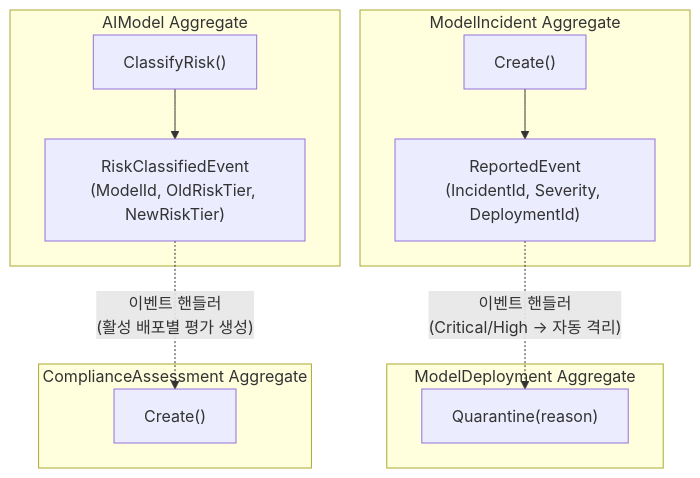
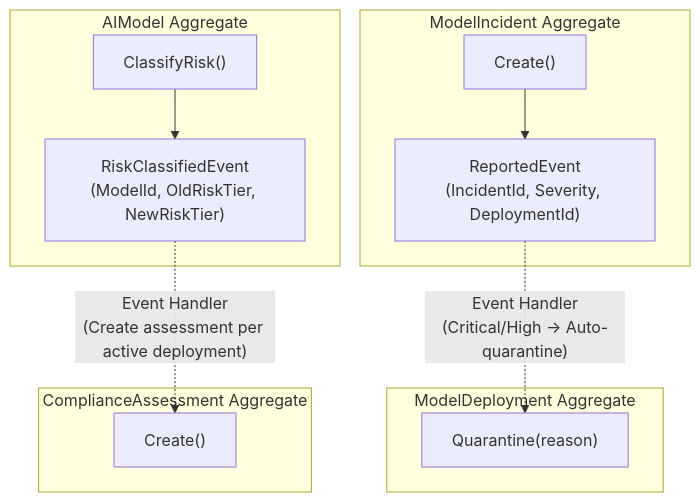
Before and after one commit to hhko/Functorium: the fourth of 4 diagrams in Docs.Site/src/content/docs/samples/ai-model-governance/domain/00-business-requirements.md, drawn with Mermaid. The commit also changed other lines of this file and 31 other files, not shown here.

````diff
--- a/Docs.Site/src/content/docs/samples/ai-model-governance/domain/00-business-requirements.md
+++ b/Docs.Site/src/content/docs/samples/ai-model-governance/domain/00-business-requirements.md
@@ -171,25 +171,25 @@
 ```mermaid
 flowchart TB
     subgraph AIModel_Aggregate["AIModel Aggregate"]
         ClassifyRisk["ClassifyRisk()"]
         RiskClassifiedEvent["RiskClassifiedEvent\n(ModelId, OldRiskTier, NewRiskTier)"]
         ClassifyRisk --> RiskClassifiedEvent
     end
 
     subgraph Incident_Aggregate["ModelIncident Aggregate"]
         Report["Create()"]
         ReportedEvent["ReportedEvent\n(IncidentId, Severity, DeploymentId)"]
         Report --> ReportedEvent
     end
 
     subgraph Deployment_Aggregate["ModelDeployment Aggregate"]
         Quarantine["Quarantine(reason)"]
     end
 
     subgraph Assessment_Aggregate["ComplianceAssessment Aggregate"]
         CreateAssessment["Create()"]
     end
 
-    RiskClassifiedEvent -.-> |"이벤트 핸들러\n(활성 배포별 평가 생성)"| CreateAssessment
-    ReportedEvent -.-> |"이벤트 핸들러\n(Critical/High → 자동 격리)"| Quarantine
+    RiskClassifiedEvent -.-> |"Event Handler\n(Create assessment per active deployment)"| CreateAssessment
+    ReportedEvent -.-> |"Event Handler\n(Critical/High -> Auto-quarantine)"| Quarantine
 ```
````
